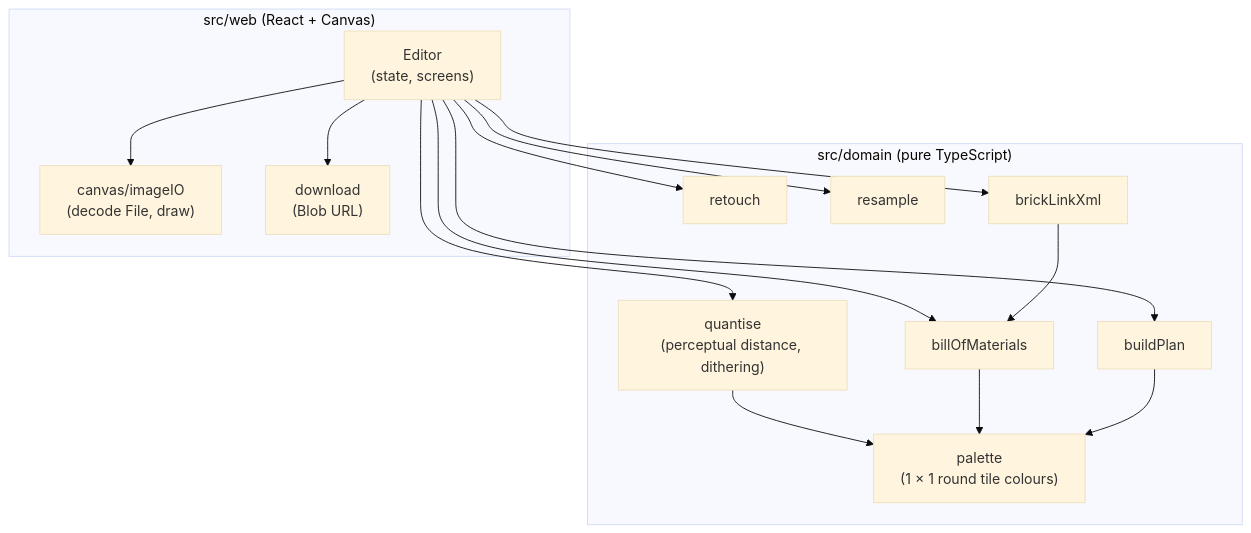
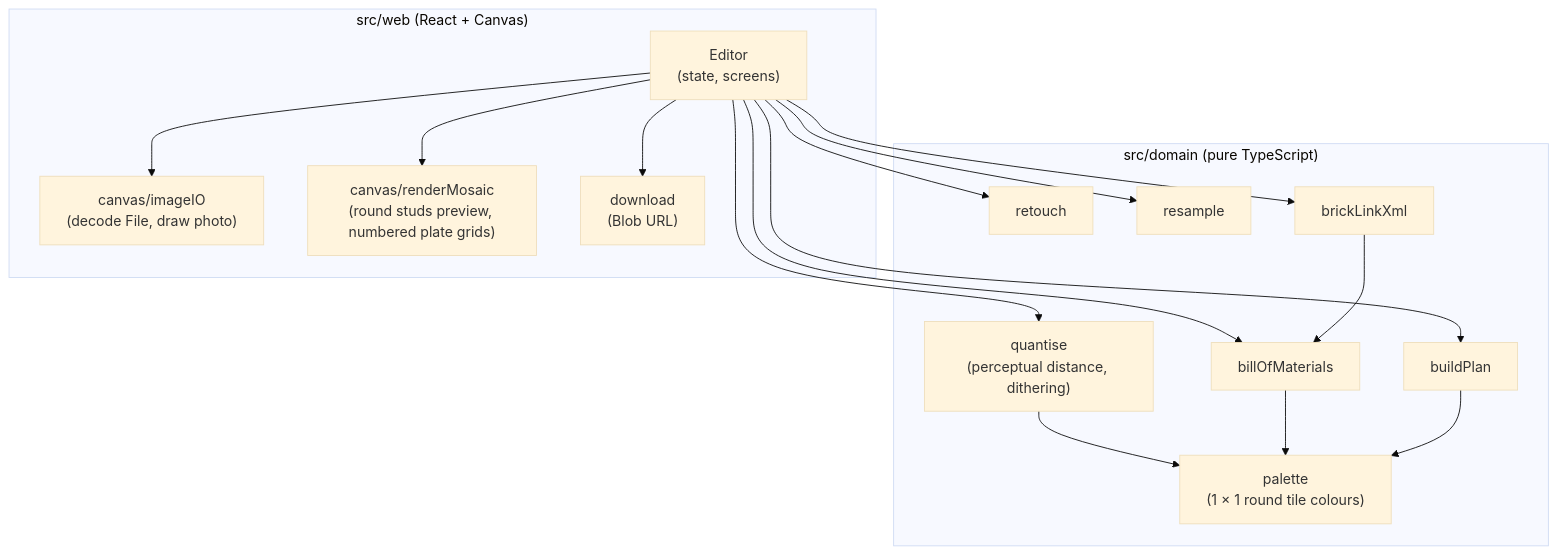
Before and after one commit to benoit-bremaud/brickpix: the diagram in docs/architecture/diagrams/mosaic/03-component.md, drawn with Mermaid (base theme). The commit also changed 9 other files, not shown here.

Commit message:
docs(architecture): apply local review fixes to the UML study

````diff
--- a/docs/architecture/diagrams/mosaic/03-component.md
+++ b/docs/architecture/diagrams/mosaic/03-component.md
@@ -10,31 +10,33 @@
 ```mermaid
 flowchart TB
     subgraph web["src/web (React + Canvas)"]
         Editor["Editor<br/>(state, screens)"]
-        ImageIO["canvas/imageIO<br/>(decode File, draw)"]
+        ImageIO["canvas/imageIO<br/>(decode File, draw photo)"]
+        Render["canvas/renderMosaic<br/>(round studs preview, numbered plate grids)"]
         Download["download<br/>(Blob URL)"]
     end
 
     subgraph domain["src/domain (pure TypeScript)"]
         Retouch["retouch"]
         Resample["resample"]
         Palette["palette<br/>(1 × 1 round tile colours)"]
         Quantise["quantise<br/>(perceptual distance, dithering)"]
         Plan["buildPlan"]
         Bom["billOfMaterials"]
         BrickLink["brickLinkXml"]
     end
 
     Editor --> ImageIO
+    Editor --> Render
     Editor --> Download
     Editor --> Retouch
     Editor --> Resample
     Editor --> Quantise
     Editor --> Plan
     Editor --> Bom
     Editor --> BrickLink
     Quantise --> Palette
     Bom --> Palette
     BrickLink --> Bom
     Plan --> Palette
 ```
````
